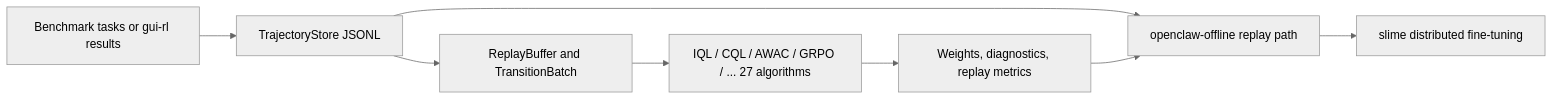
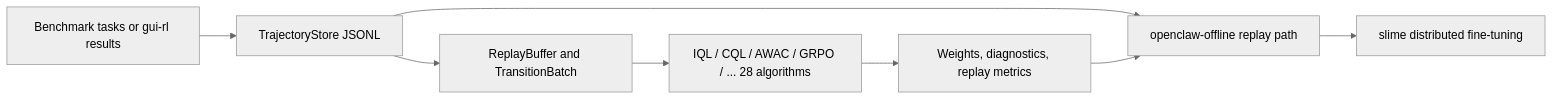
The diagram in README.md (MING-ZCH/OpenClaw-RL-Offline), drawn with Mermaid (neutral theme) before and after one commit. The commit also changed other lines of this file and 11 other files, not shown here.

````diff
--- a/README.md
+++ b/README.md
@@ -21,10 +21,10 @@
 ```mermaid
 flowchart LR
 	A[Benchmark tasks or gui-rl results] --> B[TrajectoryStore JSONL]
 	B --> C[ReplayBuffer and TransitionBatch]
-	C --> D[IQL / CQL / AWAC / GRPO / ... 27 algorithms]
+	C --> D[IQL / CQL / AWAC / GRPO / ... 28 algorithms]
 	D --> E[Weights, diagnostics, replay metrics]
 	B --> F[openclaw-offline replay path]
 	E --> F
 	F --> G[slime distributed fine-tuning]
 ```
````
